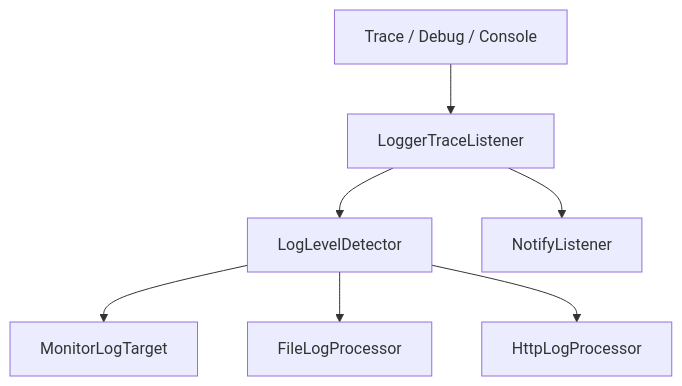
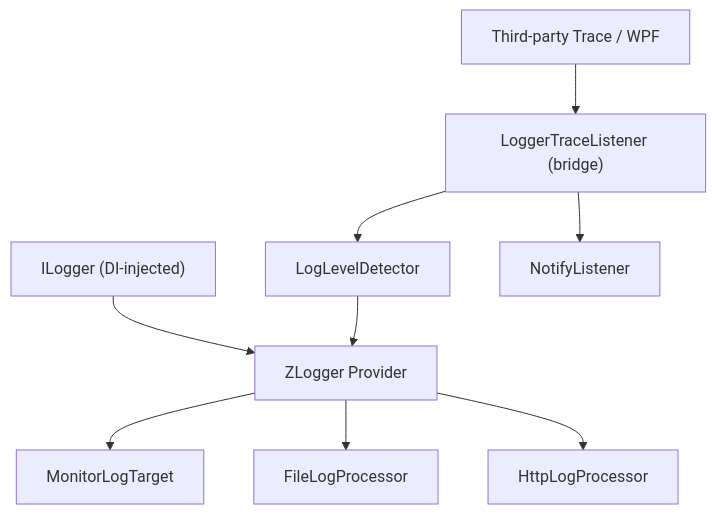
Before and after one commit to trgiangv/RevitDevTool: the first of 2 diagrams in docs/Logging/README.md, drawn with Mermaid. The commit also changed other lines of this file and 67 other files, not shown here.

First line of the commit message:
refactor(logging): standardize logging via ILogger<T> + ZLogger DI injection

````diff
--- a/docs/Logging/README.md
+++ b/docs/Logging/README.md
@@ -24,17 +53,23 @@
 ```mermaid
 flowchart TB
-    Trace["Trace / Debug / Console"]
-    Listener["LoggerTraceListener"]
-    Detector["LogLevelDetector"]
+    Services["ILogger<T> (DI-injected)"]
+    ZLogger["ZLogger Provider"]
     Monitor["MonitorLogTarget"]
     File["FileLogProcessor"]
     Http["HttpLogProcessor"]
+
+    ThirdParty["Third-party Trace / WPF"]
+    Listener["LoggerTraceListener (bridge)"]
+    Detector["LogLevelDetector"]
     Notify["NotifyListener"]
 
-    Trace --> Listener
+    Services --> ZLogger
+    ZLogger --> Monitor
+    ZLogger --> File
+    ZLogger --> Http
+
+    ThirdParty --> Listener
     Listener --> Detector
-    Detector --> Monitor
-    Detector --> File
-    Detector --> Http
+    Detector --> ZLogger
     Listener --> Notify
 ```
````
